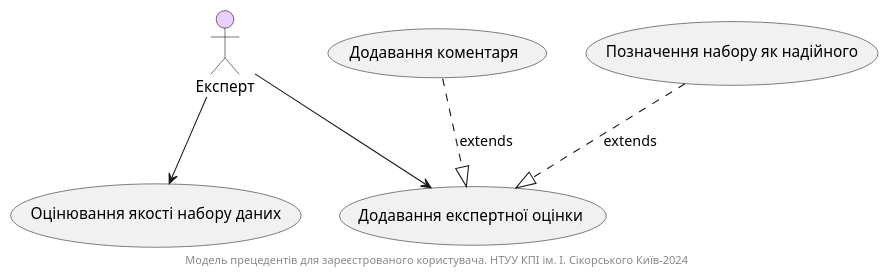
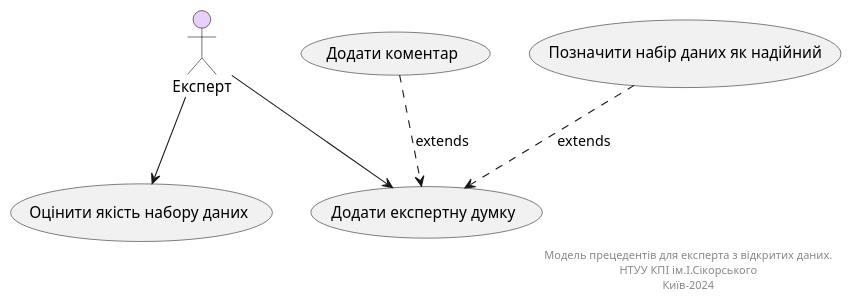
Before and after one commit to tyntyntynnnn/edu_db_labs: the fourth of 14 diagrams in docs/use cases/README.md, drawn with PlantUML. The commit also changed other lines of this file, not shown here.

```diff
--- a/docs/use cases/README.md
+++ b/docs/use cases/README.md
@@ -167,31 +153,27 @@
 @startuml
 
-' Налаштування стилів акторів
 skinparam actor {
-    BackgroundColor #eacffa
+    BackgroundColor #bffaa2
     BorderColor black
     FontColor black
 }
 
-actor "Експерт" as Expert
-
-usecase "Оцінювання якості набору даних" as UC_3.1
-usecase "Додавання експертної оцінки" as UC_3.2
-
-' Дочірні прецеденти
-usecase "Додавання коментаря" as UC_3.2.1
-usecase "Позначення набору як надійного" as UC_3.2.2
-
-' Основні взаємодії
-Expert --> UC_3.1
-Expert --> UC_3.2
-
-' Розширення (extends) для дочірніх прецедентів
-UC_3.2.1 ..|> UC_3.2 : extends
-UC_3.2.2 ..|> UC_3.2 : extends
-
-footer
-    Модель прецедентів для зареєстрованого користувача. НТУУ КПІ ім. І. Сікорського Київ-2024
-endfooter
+    actor "Експерт" as DataExpert #eacffa
+    usecase "Оцінити якість набору даних" as UC_3.1
+    usecase "Додати експертну думку" as UC_3.2
+    
+    usecase "Додати коментар" as UC_3.2.1
+    usecase "Позначити набір даних як надійний" as UC_3.2.2
+    
+    DataExpert --> UC_3.1
+    DataExpert --> UC_3.2
+    
+    UC_3.2.1 ..> UC_3.2 :extends
+    UC_3.2.2 ..> UC_3.2 :extends
+    right footer
+        Модель прецедентів для експерта з відкритих даних.
+        НТУУ КПІ ім.І.Сікорського
+        Київ-2024
+    end footer
 
 @enduml
```
